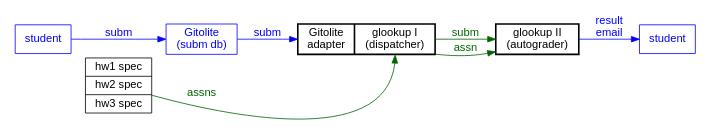
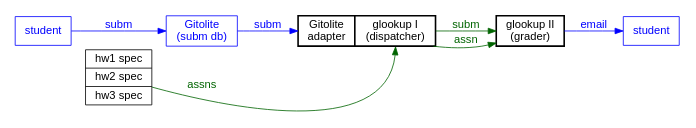
Before and after one commit to commongrader/spec: the diagram in assets/flow-gitolite-glookup-auto.gv, drawn with Graphviz. The commit also changed 10 other files, not shown here.

```diff
--- a/assets/flow-gitolite-glookup-auto.gv
+++ b/assets/flow-gitolite-glookup-auto.gv
@@ -1,37 +1,37 @@
 digraph Diagram {
     // -- COMMON -- //
     rankdir = LR;
     node [fontname=Helvetica shape=record];
     edge [fontname=Helvetica];
     graph [dpi=50];
 
     subgraph external {
         node[color=blue fontcolor=blue];
         edge[color=blue fontcolor=blue];
     }
     subgraph internal {
         edge[color=darkgreen fontcolor=darkgreen];
     }
     // -- COMMON -- //
     
     subgraph external {
         student [label="student"];
         student2 [label="student"];
         subm_db [label="Gitolite\n(subm db)"];
     }
     subgraph internal {
         custom1 [label="{ Gitolite\nadapter | <actual> glookup I\n(dispatcher) }" style=bold];
         assns [label="<hw1> hw1 spec | <hw2> hw2 spec | <hw3> hw3 spec"];
-        custom2 [label="glookup II\n(autograder)" style=bold];
+        custom2 [label="glookup II\n(grader)" style=bold];
     }
     subgraph external {
         student -> subm_db [label="subm"];
         subm_db -> custom1 [label="subm"];
-        custom2 -> student2 [label="result\nemail"];
+        custom2 -> student2 [label="email"];
     }
     subgraph internal {
         custom1 -> custom2 [label="subm"];
         custom1 -> custom2 [label="assn"];
         assns -> custom1:actual [label="assns" weight=0];
     }
 }
```
